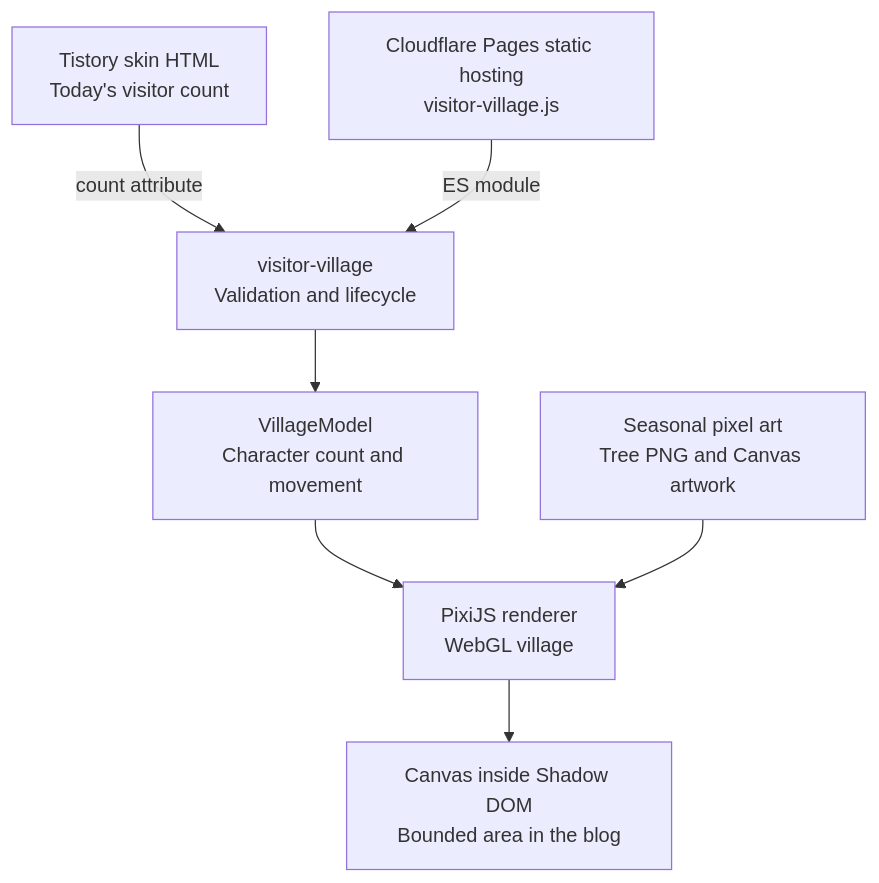
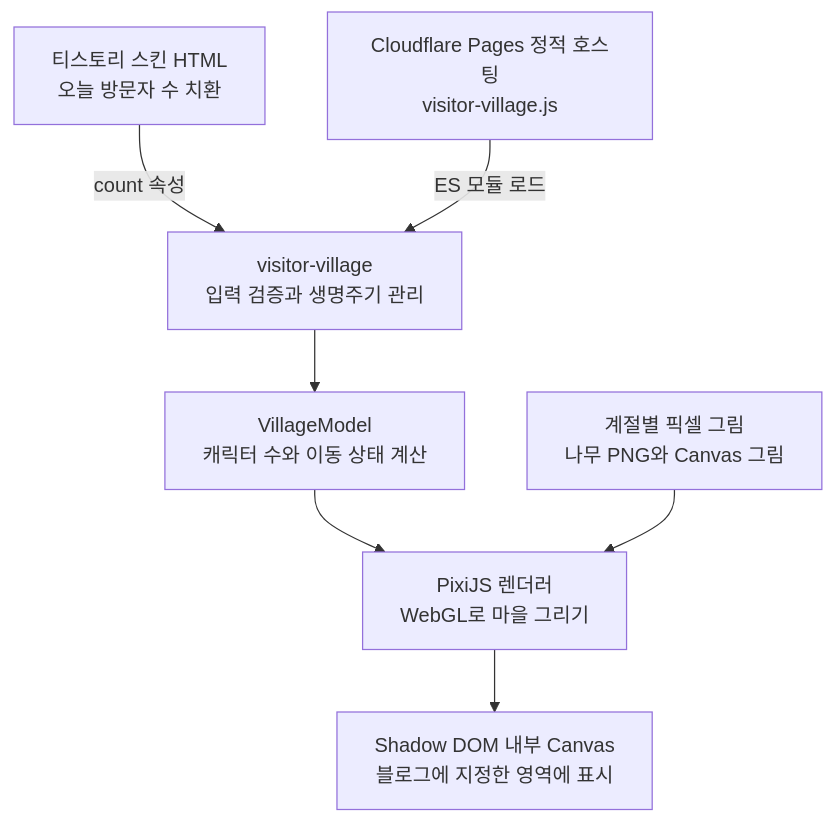
One commit to hyunolike/pixel-visitor-village changed the diagram in README.md. Above: the diagram before and after it, drawn with Mermaid. The commit also changed other lines of this file and 8 other files, not shown here.

````diff
--- a/README.md
+++ b/README.md
@@ -85,9 +91,9 @@
 ```mermaid
 flowchart TD
-    T["Tistory skin HTML<br/>Today's visitor count"] -->|count attribute| W["visitor-village<br/>Validation and lifecycle"]
-    V["Cloudflare Pages static hosting<br/>visitor-village.js"] -->|ES module| W
-    W --> M["VillageModel<br/>Character count and movement"]
-    M --> R["PixiJS renderer<br/>WebGL village"]
-    A["Seasonal pixel art<br/>Tree PNG and Canvas artwork"] --> R
-    R --> C["Canvas inside Shadow DOM<br/>Bounded area in the blog"]
+    T["티스토리 스킨 HTML<br/>오늘 방문자 수 치환"] -->|count 속성| W["visitor-village<br/>입력 검증과 생명주기 관리"]
+    V["Cloudflare Pages 정적 호스팅<br/>visitor-village.js"] -->|ES 모듈 로드| W
+    W --> M["VillageModel<br/>캐릭터 수와 이동 상태 계산"]
+    M --> R["PixiJS 렌더러<br/>WebGL로 마을 그리기"]
+    A["계절별 픽셀 그림<br/>나무 PNG와 Canvas 그림"] --> R
+    R --> C["Shadow DOM 내부 Canvas<br/>블로그에 지정한 영역에 표시"]
 ```
````
